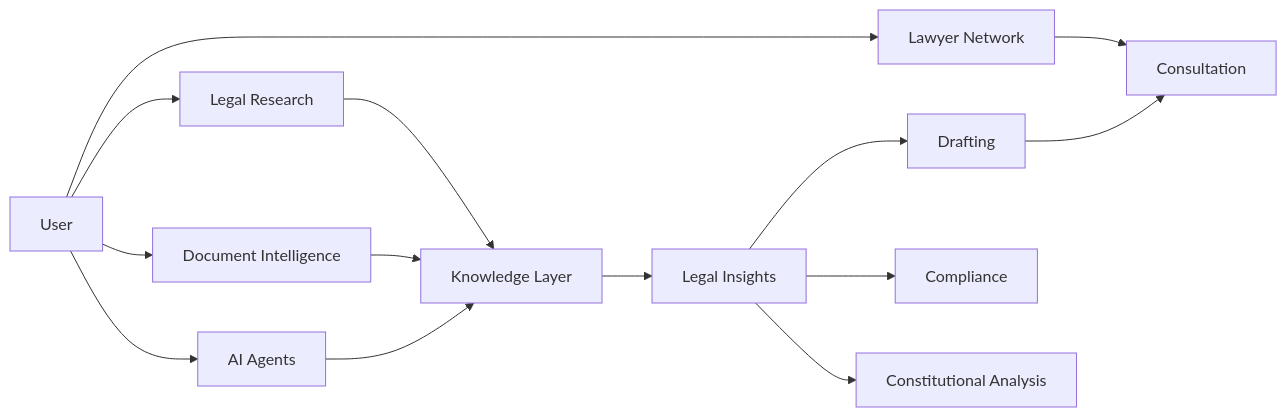
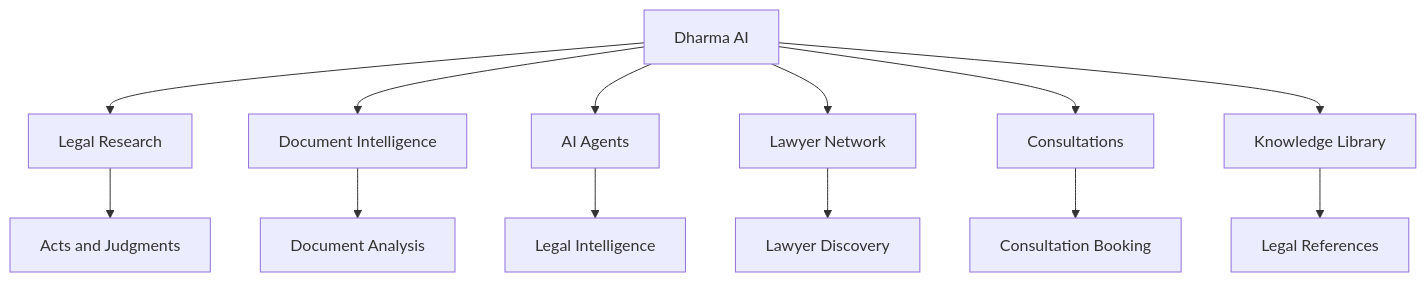
The first of 2 diagrams in README.md (srivastavanaavya75-lgtm/Dharma-AI), drawn with Mermaid before and after one commit. The commit also changed other lines of this file, not shown here.

````diff
--- a/README.md
+++ b/README.md
@@ -76,20 +40,19 @@
 ```mermaid
-flowchart LR
-    U[User] --> R[Legal Research]
-    U --> D[Document Intelligence]
-    U --> A[AI Agents]
-    U --> L[Lawyer Network]
+flowchart TB
 
-    R --> K[Knowledge Layer]
-    D --> K
-    A --> K
+    DHARMA[Dharma AI]
 
-    K --> I[Legal Insights]
+    DHARMA --> RESEARCH[Legal Research]
+    DHARMA --> DOCUMENT[Document Intelligence]
+    DHARMA --> AGENTS[AI Agents]
+    DHARMA --> LAWYERS[Lawyer Network]
+    DHARMA --> CONSULT[Consultations]
+    DHARMA --> KNOWLEDGE[Knowledge Library]
 
-    I --> DR[Drafting]
-    I --> CO[Compliance]
-    I --> CN[Constitutional Analysis]
-
-    L --> C[Consultation]
-    DR --> C
+    RESEARCH --> SOURCES[Acts and Judgments]
+    DOCUMENT --> ANALYSIS[Document Analysis]
+    AGENTS --> INTELLIGENCE[Legal Intelligence]
+    LAWYERS --> DISCOVERY[Lawyer Discovery]
+    CONSULT --> BOOKING[Consultation Booking]
+    KNOWLEDGE --> REFERENCES[Legal References]
 ```
````
